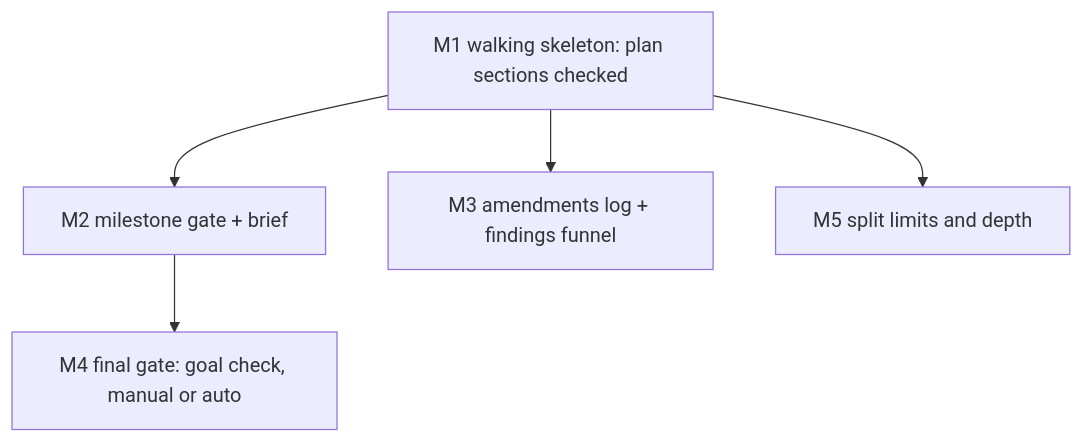
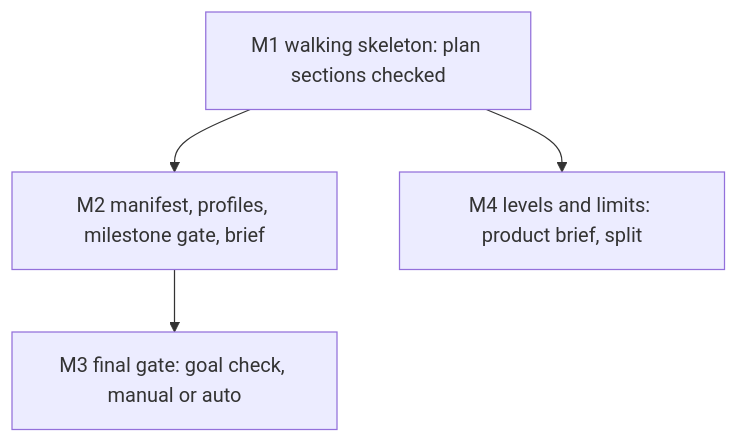
One commit to sibulus13/claudence changed the third of 3 diagrams in docs/work/agentic-loop/README.md. Above: the diagram before and after it, drawn with Mermaid. The commit also changed other lines of this file and 3 other files, not shown here.

First line of the commit message:
docs(work): agentic-loop profiles + levels; feedback-loop draft (escape trace-back); D43 confirmed

````diff
--- a/docs/work/agentic-loop/README.md
+++ b/docs/work/agentic-loop/README.md
@@ -109,7 +156,6 @@
 ```mermaid
 flowchart TD
-  M1["M1 walking skeleton: plan sections checked"] --> M2["M2 milestone gate + brief"]
-  M1 --> M3["M3 amendments log + findings funnel"]
-  M1 --> M5["M5 split limits and depth"]
-  M2 --> M4["M4 final gate: goal check, manual or auto"]
+  M1["M1 walking skeleton: plan sections checked"] --> M2["M2 manifest, profiles, milestone gate, brief"]
+  M2 --> M3["M3 final gate: goal check, manual or auto"]
+  M1 --> M4["M4 levels and limits: product brief, split"]
 ```
````
